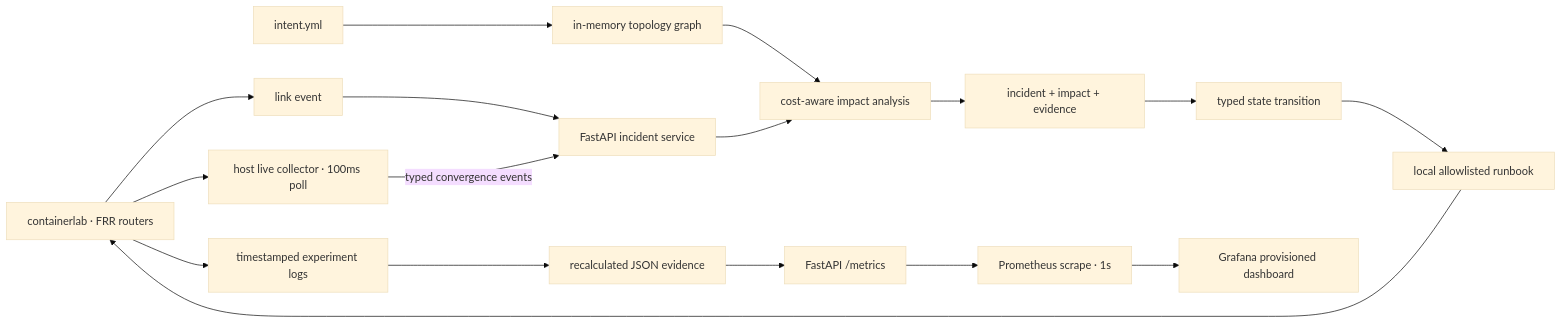
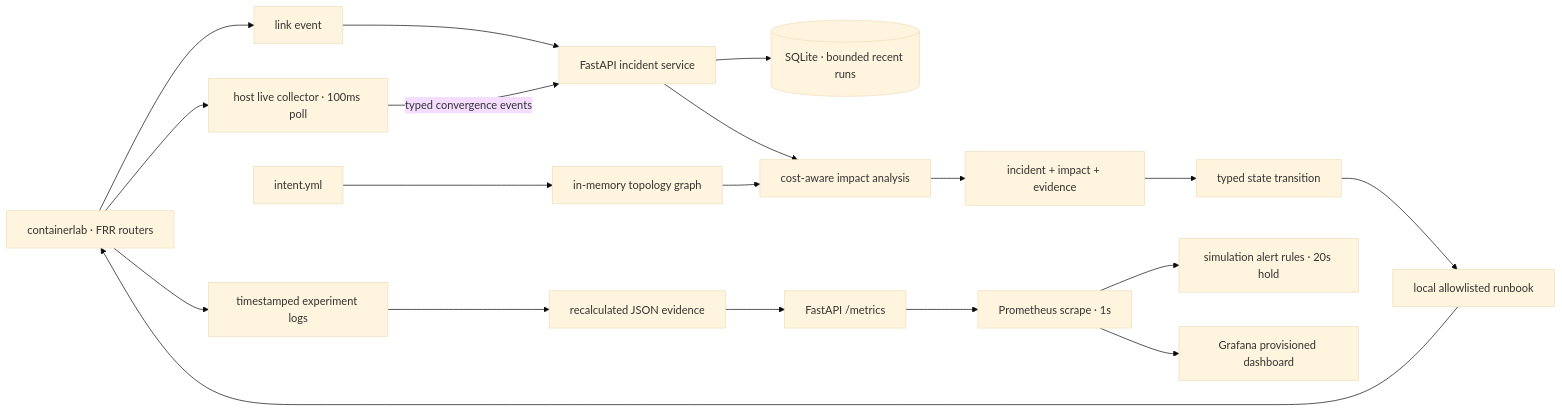
Before and after one commit to teriyakki-jin/telconet-sentinel: the first of 2 diagrams in docs/ARCHITECTURE.md, drawn with Mermaid (base theme). The commit also changed other lines of this file and 18 other files, not shown here.

````diff
--- a/docs/ARCHITECTURE.md
+++ b/docs/ARCHITECTURE.md
@@ -7,19 +7,21 @@
 ```mermaid
 flowchart LR
     CLAB["containerlab · FRR routers"] --> EVENT["link event"]
     EVENT --> API["FastAPI incident service"]
     CLAB --> COLLECTOR["host live collector · 100ms poll"]
     COLLECTOR -->|"typed convergence events"| API
+    API --> STORE[("SQLite · bounded recent runs")]
     INTENT["intent.yml"] --> GRAPH["in-memory topology graph"]
     GRAPH --> IMPACT["cost-aware impact analysis"]
     API --> IMPACT
     IMPACT --> INCIDENT["incident + impact + evidence"]
     INCIDENT --> APPROVAL["typed state transition"]
     APPROVAL --> RUNBOOK["local allowlisted runbook"]
     RUNBOOK --> CLAB
     CLAB --> RAW["timestamped experiment logs"]
     RAW --> EVIDENCE["recalculated JSON evidence"]
     EVIDENCE --> METRICS["FastAPI /metrics"]
     METRICS --> PROM["Prometheus scrape · 1s"]
+    PROM --> RULES["simulation alert rules · 20s hold"]
     PROM --> GRAFANA["Grafana provisioned dashboard"]
 ```
````
